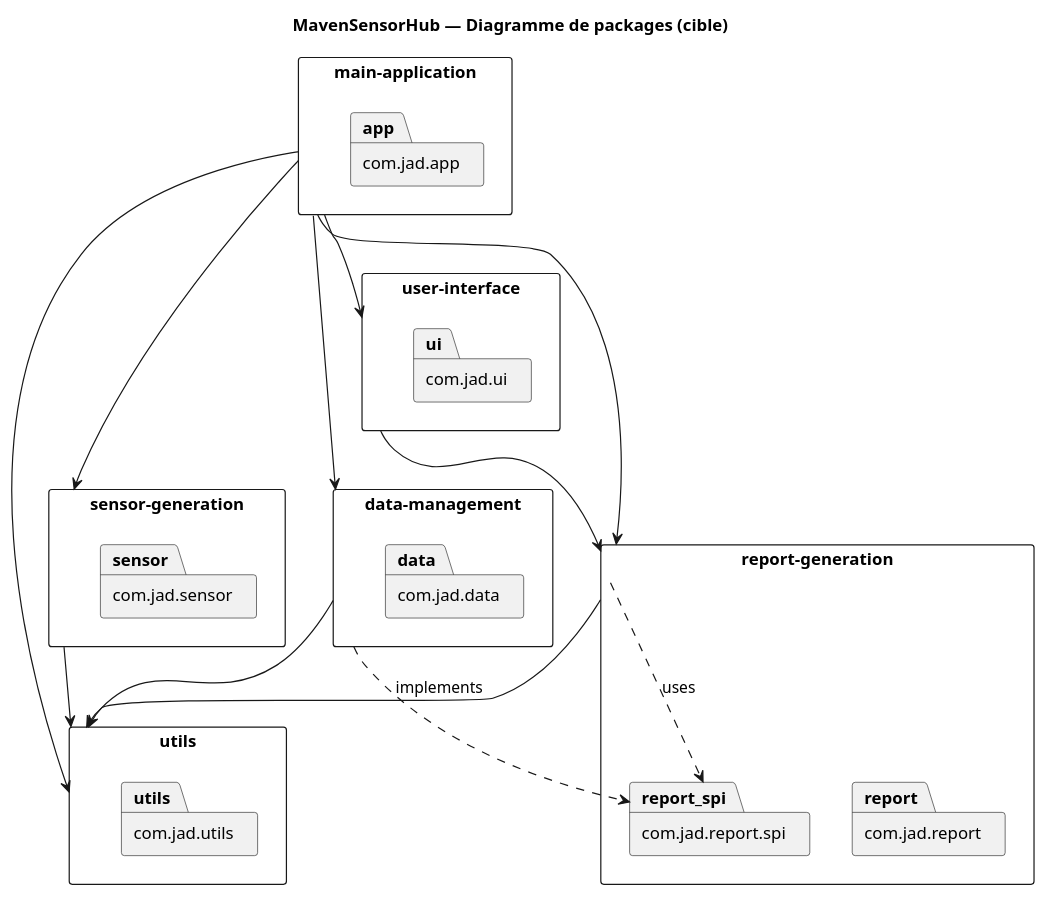
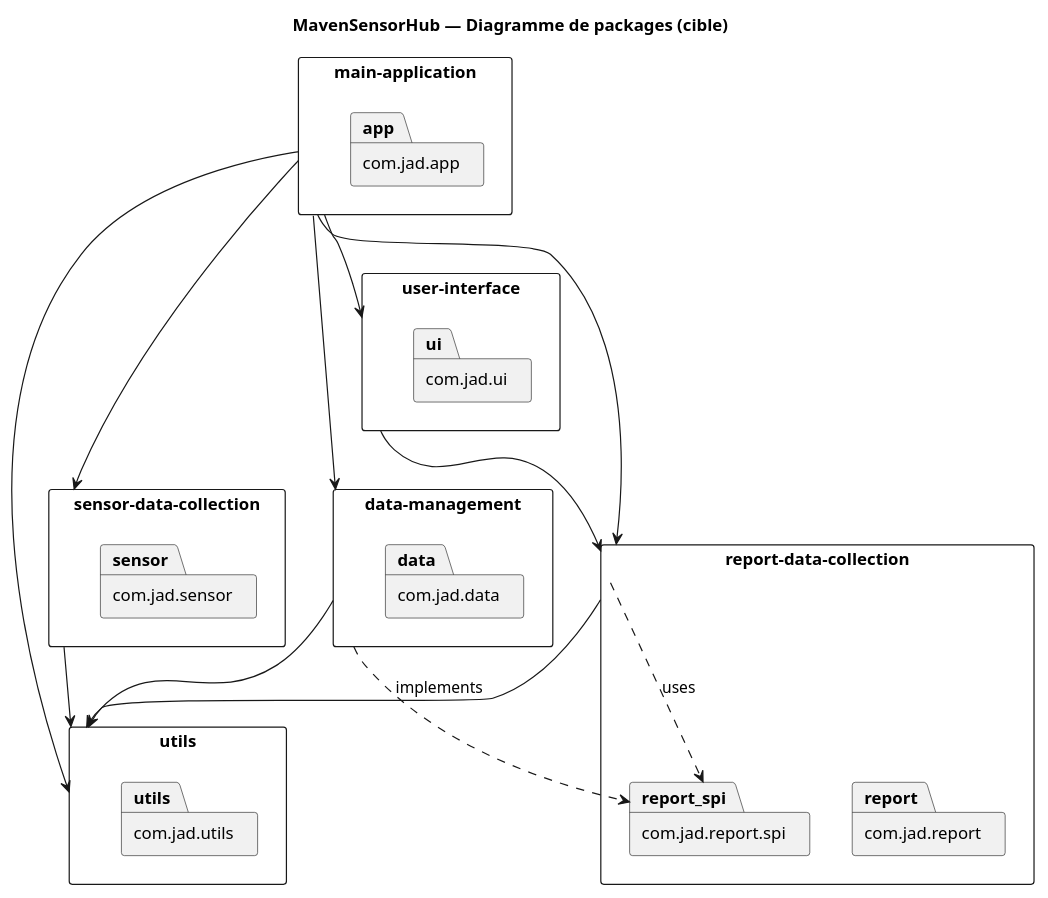
The diagram in packages.puml (youen-v/archiLogi-tp3), drawn with PlantUML before and after one commit. The commit also changed 3 other files, not shown here.

```diff
--- a/packages.puml
+++ b/packages.puml
@@ -1,49 +1,49 @@
 @startuml
 title MavenSensorHub — Diagramme de packages (cible)
 skinparam packageStyle rectangle
 skinparam defaultFontName Arial
 skinparam shadowing false
 
 package "main-application" as MAIN {
   package "com.jad.app" as app
 }
 
-package "sensor-generation" as SENSOR {
+package "sensor-data-collection" as SENSOR {
   package "com.jad.sensor" as sensor
 }
 
 package "data-management" as DATA {
   package "com.jad.data" as data
 }
 
-package "report-generation" as REPORT {
+package "report-data-collection" as REPORT {
   package "com.jad.report" as report
   package "com.jad.report.spi" as report_spi
 }
 
 package "user-interface" as UI {
   package "com.jad.ui" as ui
 }
 
 package "utils" as UTILS {
   package "com.jad.utils" as utils
 }
 
 ' Dépendances minimales (cible propre)
 MAIN --> SENSOR
 MAIN --> DATA
 MAIN --> REPORT
 MAIN --> UI
 MAIN --> UTILS
 
 SENSOR --> UTILS
 DATA --> UTILS
 REPORT --> UTILS
 UI --> REPORT
 
 ' Option B (SPI) : REPORT ne dépend plus directement de DATA
 ' REPORT déclare une SPI que DATA implémente
 DATA ..> report_spi : implements
 REPORT ..> report_spi : uses
 
 @enduml
```
